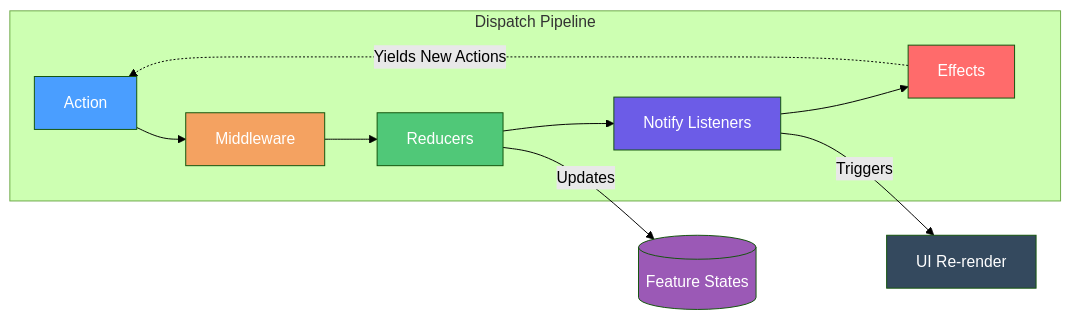
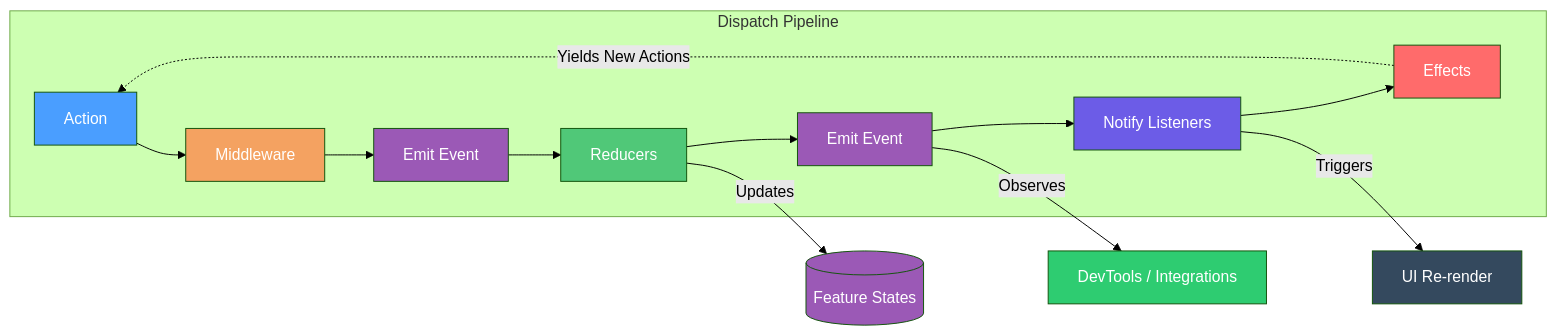
One commit to Gibbs-Morris/mississippi changed the diagram in docs/Docusaurus/docs/client-state-management/reservoir.md. Above: the diagram before and after it, drawn with Mermaid (forest theme). The commit also changed other lines of this file and 22 other files, not shown here.

````diff
--- a/docs/Docusaurus/docs/client-state-management/reservoir.md
+++ b/docs/Docusaurus/docs/client-state-management/reservoir.md
@@ -31,21 +31,27 @@
 ```mermaid
 flowchart LR
     subgraph Dispatch Pipeline
         A[Action] --> M[Middleware]
-        M --> R[Reducers]
-        R --> N[Notify Listeners]
+        M --> SE1[Emit Event]
+        SE1 --> R[Reducers]
+        R --> SE2[Emit Event]
+        SE2 --> N[Notify Listeners]
         N --> E[Effects]
     end
     
     E -.->|Yields New Actions| A
     R -->|Updates| S[(Feature States)]
     N -->|Triggers| UI[UI Re-render]
+    SE2 -->|Observes| DT[DevTools / Integrations]
     
     style A fill:#4a9eff,color:#fff
     style M fill:#f4a261,color:#fff
     style R fill:#50c878,color:#fff
     style N fill:#6c5ce7,color:#fff
     style E fill:#ff6b6b,color:#fff
     style S fill:#9b59b6,color:#fff
     style UI fill:#34495e,color:#fff
+    style SE1 fill:#9b59b6,color:#fff
+    style SE2 fill:#9b59b6,color:#fff
+    style DT fill:#2ecc71,color:#fff
 ```
````
